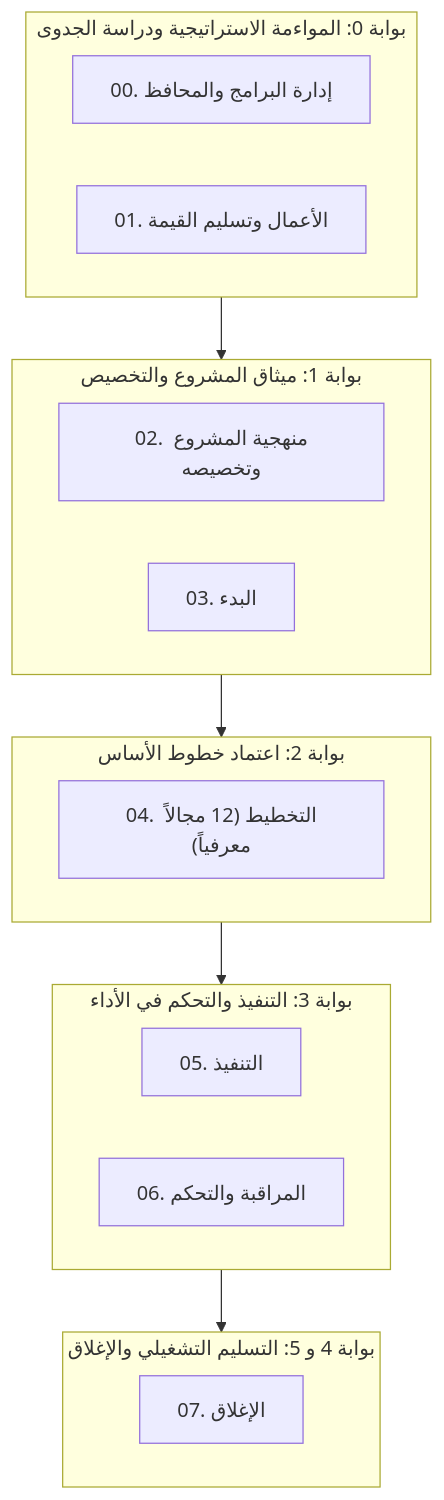
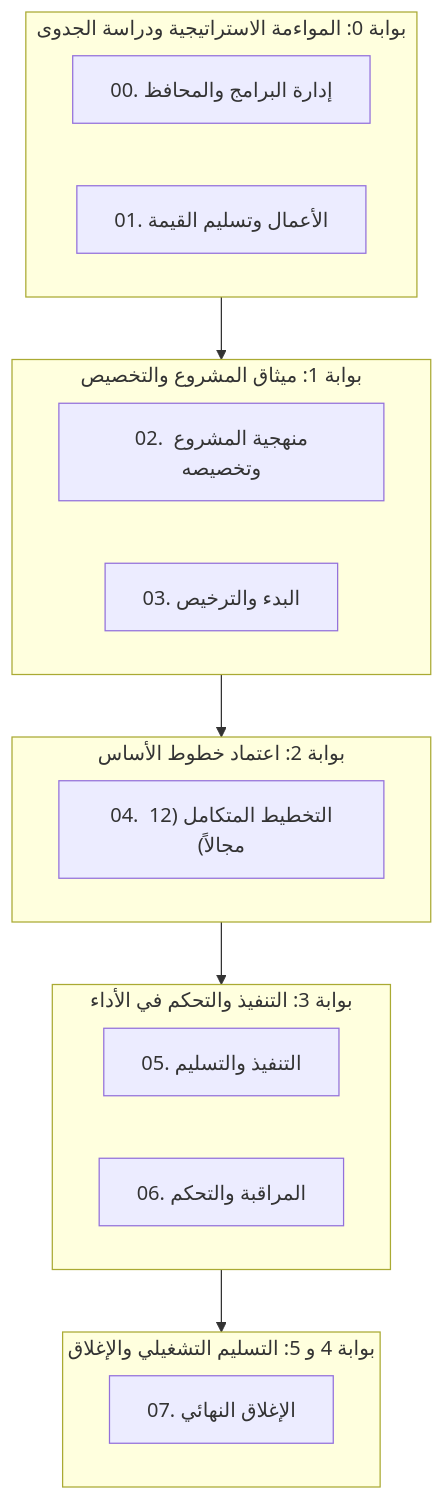
The diagram in docs/README_AR.md (fakhruldeen/Tasleemat), drawn with Mermaid before and after one commit. The commit also changed other lines of this file and 26 other files, not shown here.

````diff
--- a/docs/README_AR.md
+++ b/docs/README_AR.md
@@ -48,27 +164,27 @@
 ```mermaid
 flowchart TD
     subgraph G0["بوابة 0: المواءمة الاستراتيجية ودراسة الجدوى"]
         P00["00. إدارة البرامج والمحافظ"]
         P01["01. الأعمال وتسليم القيمة"]
     end
 
     subgraph G1["بوابة 1: ميثاق المشروع والتخصيص"]
         P02["02. منهجية المشروع وتخصيصه"]
-        P03["03. البدء"]
+        P03["03. البدء والترخيص"]
     end
 
     subgraph G2["بوابة 2: اعتماد خطوط الأساس"]
-        P04["04. التخطيط (12 مجالاً معرفياً)"]
+        P04["04. التخطيط المتكامل (12 مجالاً)"]
     end
 
     subgraph G3["بوابة 3: التنفيذ والتحكم في الأداء"]
-        P05["05. التنفيذ"]
+        P05["05. التنفيذ والتسليم"]
         P06["06. المراقبة والتحكم"]
     end
 
     subgraph G4["بوابة 4 و 5: التسليم التشغيلي والإغلاق"]
-        P07["07. الإغلاق"]
+        P07["07. الإغلاق النهائي"]
     end
 
     G0 --> G1 --> G2 --> G3 --> G4
 ```
````
